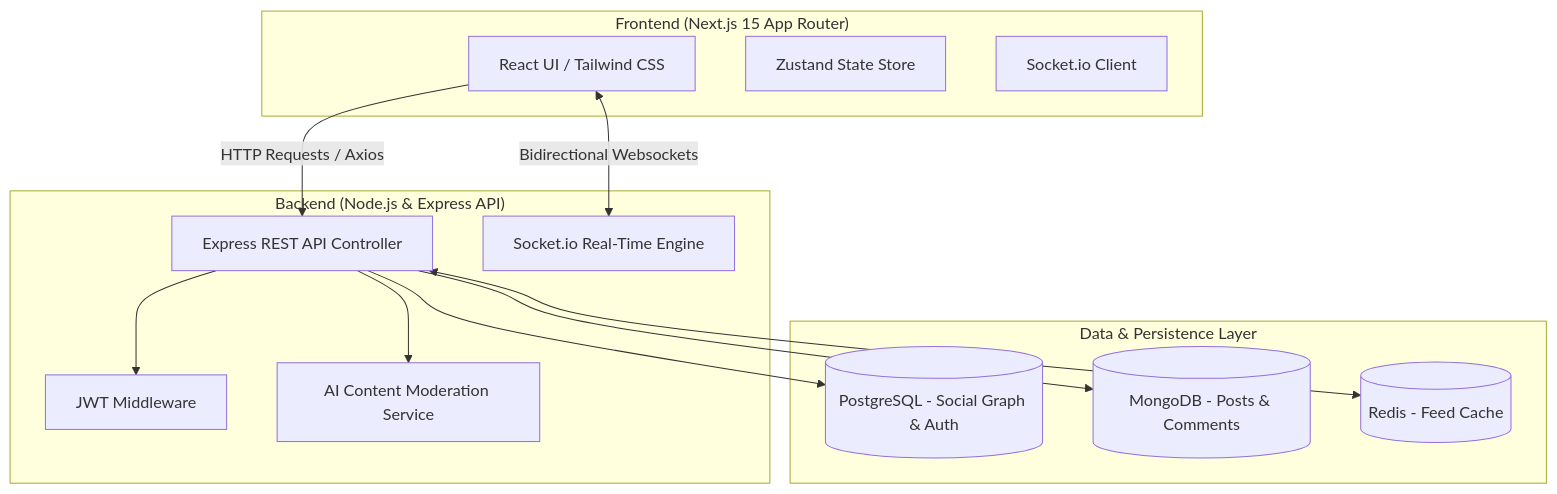
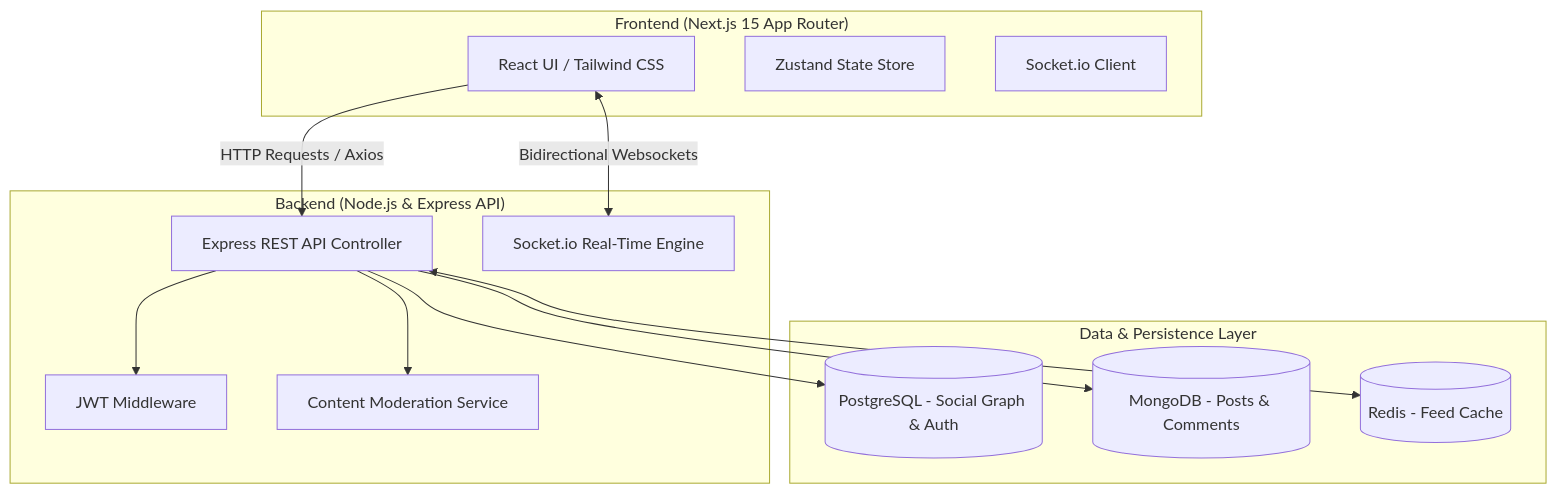
The diagram in README.md (dharmik0623/friendloop), drawn with Mermaid before and after one commit. The commit also changed other lines of this file and 9 other files, not shown here.

````diff
--- a/README.md
+++ b/README.md
@@ -37,29 +37,29 @@
 ```mermaid
 flowchart TD
     subgraph Client ["Frontend (Next.js 15 App Router)"]
         UI[React UI / Tailwind CSS]
         State[Zustand State Store]
         SocketClient[Socket.io Client]
     end
 
     subgraph Server ["Backend (Node.js & Express API)"]
         API[Express REST API Controller]
         Auth[JWT Middleware]
-        Mod[AI Content Moderation Service]
+        Mod[Content Moderation Service]
         SocketServer[Socket.io Real-Time Engine]
     end
 
     subgraph DataLayer ["Data & Persistence Layer"]
         PG[(PostgreSQL - Social Graph & Auth)]
         Mongo[(MongoDB - Posts & Comments)]
         RedisCache[(Redis - Feed Cache)]
     end
 
     UI -->|HTTP Requests / Axios| API
     UI <-->|Bidirectional Websockets| SocketServer
     API --> Auth
     API --> Mod
     API --> PG
     API --> Mongo
     API <--> RedisCache
 ```
````
